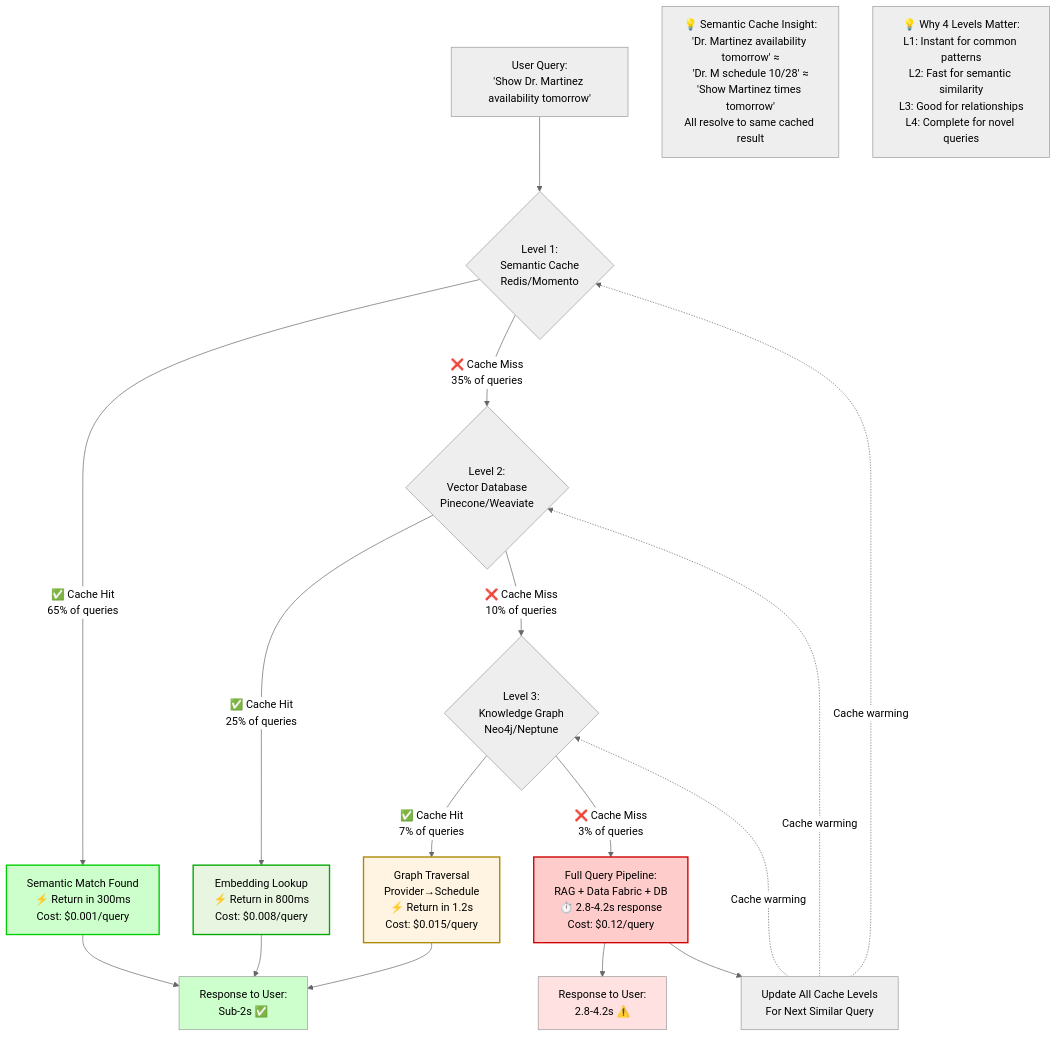
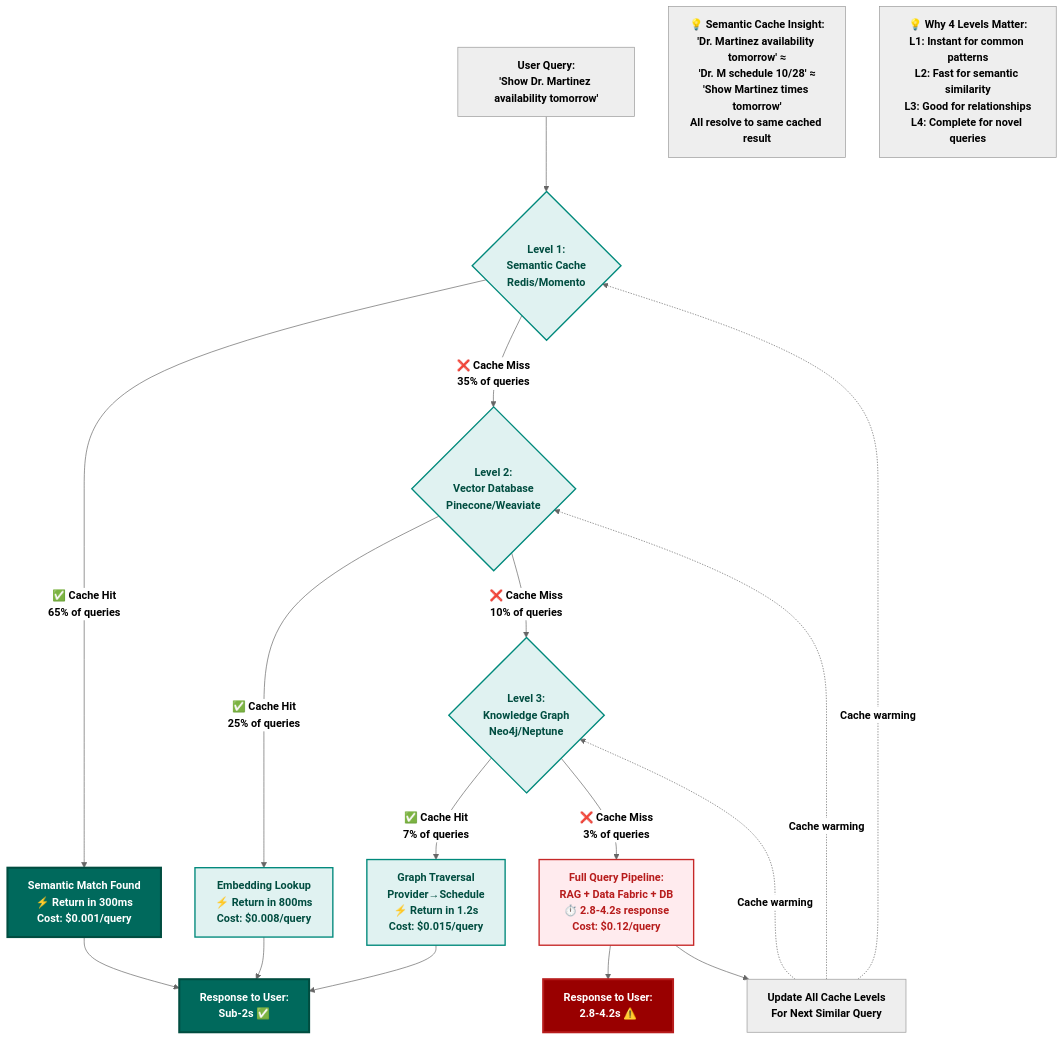
Before and after one commit to colaberry/enterprise-data-readiness-ai-agents: the fifth of 11 diagrams in chapter-02/chapter_2_complete.md, drawn with Mermaid (neutral theme). The commit also changed other lines of this file and 1 other file, not shown here.

````diff
--- a/chapter-02/chapter_2_complete.md
+++ b/chapter-02/chapter_2_complete.md
@@ -699,40 +719,44 @@
 ```mermaid
 graph TD
-    Q[User Query:<br/>'Show Dr. Martinez availability tomorrow']
+    Q["<b>User Query:</b><br/><b>'Show Dr. Martinez availability tomorrow'</b>"]
     
-    Q --> L1{Level 1:<br/>Semantic Cache<br/>Redis/Momento}
+    Q --> L1{"<b>Level 1:</b><br/><b>Semantic Cache</b><br/><b>Redis/Momento</b>"}
     
-    L1 -->|✅ Cache Hit<br/>65% of queries| C1[Semantic Match Found<br/>⚡ Return in 300ms<br/>Cost: $0.001/query]
+    L1 -->|<b>✅ Cache Hit</b><br/><b>65% of queries</b>| C1["<b>Semantic Match Found</b><br/><b>⚡ Return in 300ms</b><br/><b>Cost: $0.001/query</b>"]
     
-    L1 -->|❌ Cache Miss<br/>35% of queries| L2{Level 2:<br/>Vector Database<br/>Pinecone/Weaviate}
+    L1 -->|<b>❌ Cache Miss</b><br/><b>35% of queries</b>| L2{"<b>Level 2:</b><br/><b>Vector Database</b><br/><b>Pinecone/Weaviate</b>"}
     
-    L2 -->|✅ Cache Hit<br/>25% of queries| C2[Embedding Lookup<br/>⚡ Return in 800ms<br/>Cost: $0.008/query]
+    L2 -->|<b>✅ Cache Hit</b><br/><b>25% of queries</b>| C2["<b>Embedding Lookup</b><br/><b>⚡ Return in 800ms</b><br/><b>Cost: $0.008/query</b>"]
     
-    L2 -->|❌ Cache Miss<br/>10% of queries| L3{Level 3:<br/>Knowledge Graph<br/>Neo4j/Neptune}
+    L2 -->|<b>❌ Cache Miss</b><br/><b>10% of queries</b>| L3{"<b>Level 3:</b><br/><b>Knowledge Graph</b><br/><b>Neo4j/Neptune</b>"}
     
-    L3 -->|✅ Cache Hit<br/>7% of queries| C3[Graph Traversal<br/>Provider→Schedule<br/>⚡ Return in 1.2s<br/>Cost: $0.015/query]
+    L3 -->|<b>✅ Cache Hit</b><br/><b>7% of queries</b>| C3["<b>Graph Traversal</b><br/><b>Provider→Schedule</b><br/><b>⚡ Return in 1.2s</b><br/><b>Cost: $0.015/query</b>"]
     
-    L3 -->|❌ Cache Miss<br/>3% of queries| L4[Full Query Pipeline:<br/>RAG + Data Fabric + DB<br/>⏱️ 2.8-4.2s response<br/>Cost: $0.12/query]
+    L3 -->|<b>❌ Cache Miss</b><br/><b>3% of queries</b>| L4["<b>Full Query Pipeline:</b><br/><b>RAG + Data Fabric + DB</b><br/><b>⏱️ 2.8-4.2s response</b><br/><b>Cost: $0.12/query</b>"]
     
-    C1 --> R[Response to User:<br/>Sub-2s ✅]
+    C1 --> R["<b>Response to User:</b><br/><b>Sub-2s ✅</b>"]
     C2 --> R
     C3 --> R
-    L4 --> SLOW[Response to User:<br/>2.8-4.2s ⚠️]
+    L4 --> SLOW["<b>Response to User:</b><br/><b>2.8-4.2s ⚠️</b>"]
     
-    L4 --> U[Update All Cache Levels<br/>For Next Similar Query]
+    L4 --> U["<b>Update All Cache Levels</b><br/><b>For Next Similar Query</b>"]
     
-    U -.->|Cache warming| L1
-    U -.->|Cache warming| L2
-    U -.->|Cache warming| L3
+    U -.->|<b>Cache warming</b>| L1
+    U -.->|<b>Cache warming</b>| L2
+    U -.->|<b>Cache warming</b>| L3
     
-    style C1 fill:#ccffcc,stroke:#00cc00,stroke-width:2px
-    style C2 fill:#e8f5e1,stroke:#00aa00,stroke-width:2px
-    style C3 fill:#fff4e1,stroke:#aa8800,stroke-width:2px
-    style L4 fill:#ffcccc,stroke:#cc0000,stroke-width:2px
-    style R fill:#ccffcc
-    style SLOW fill:#ffe1e1
+    style C1 fill:#00695c,color:#ffffff,stroke:#004d40,stroke-width:3px
+    style C2 fill:#e0f2f1,stroke:#00897b,stroke-width:2px,color:#004d40
+    style C3 fill:#e0f2f1,stroke:#00897b,stroke-width:2px,color:#004d40
+    style L4 fill:#ffebee,stroke:#c62828,stroke-width:2px,color:#b71c1c
+    style R fill:#00695c,color:#ffffff,stroke:#004d40,stroke-width:3px
+    style SLOW fill:#990000,color:#ffffff,stroke:#b71c1c,stroke-width:3px
     
-    Note1[💡 Semantic Cache Insight:<br/>'Dr. Martinez availability tomorrow' ≈<br/>'Dr. M schedule 10/28' ≈<br/>'Show Martinez times tomorrow'<br/>All resolve to same cached result]
+    style L1 fill:#e0f2f1,stroke:#00897b,stroke-width:2px,color:#004d40
+    style L2 fill:#e0f2f1,stroke:#00897b,stroke-width:2px,color:#004d40
+    style L3 fill:#e0f2f1,stroke:#00897b,stroke-width:2px,color:#004d40
     
-    Note2[💡 Why 4 Levels Matter:<br/>L1: Instant for common patterns<br/>L2: Fast for semantic similarity<br/>L3: Good for relationships<br/>L4: Complete for novel queries]
+    Note1["<b>💡 Semantic Cache Insight:</b><br/><b>'Dr. Martinez availability tomorrow' ≈</b><br/><b>'Dr. M schedule 10/28' ≈</b><br/><b>'Show Martinez times tomorrow'</b><br/><b>All resolve to same cached result</b>"]
+    
+    Note2["<b>💡 Why 4 Levels Matter:</b><br/><b>L1: Instant for common patterns</b><br/><b>L2: Fast for semantic similarity</b><br/><b>L3: Good for relationships</b><br/><b>L4: Complete for novel queries</b>"]
 ```
````
